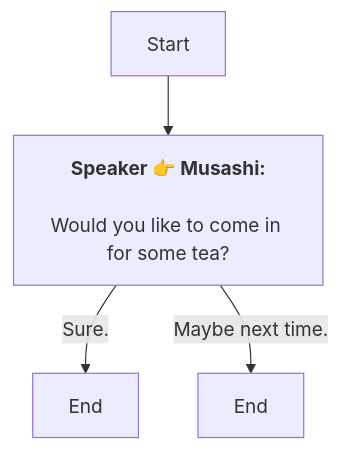
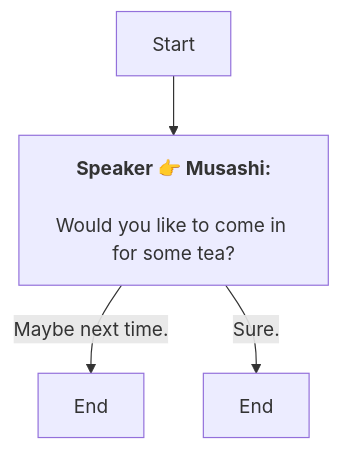
One commit to SoftHu/tos_avg changed the diagram in Zh/QuestTalkObjectiveNode_1772948139587879.md. Above: the diagram before and after it, drawn with Mermaid. The commit also changed other lines of this file and 780 other files, not shown here.

````diff
--- a/Zh/QuestTalkObjectiveNode_1772948139587879.md
+++ b/Zh/QuestTalkObjectiveNode_1772948139587879.md
@@ -1,8 +1,8 @@
 ```mermaid
 graph
 Start -->1772948159849771[<b>Speaker 👉 Musashi:</b>
 \nWould you like to come in for some tea?]
+1772948159849771 -->|Maybe next time.|1772948159850800[End]
 1772948159849771 -->|Sure.|1772948159850799[End]
-1772948159849771 -->|Maybe next time.|1772948159850800[End]
 
 ```
````
